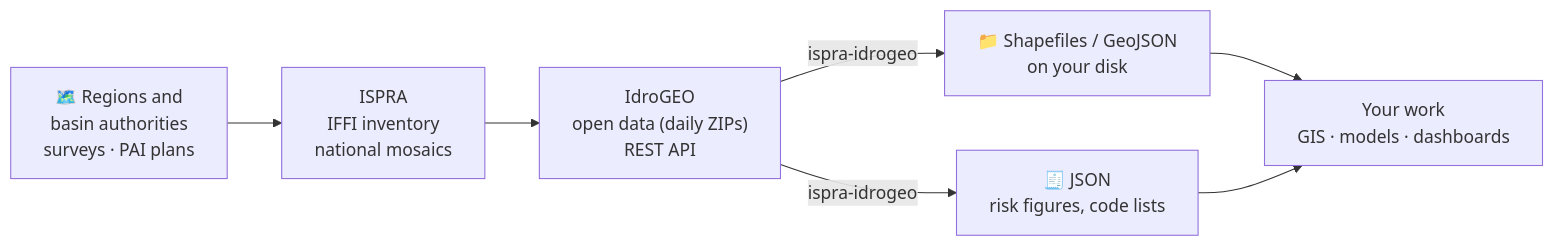
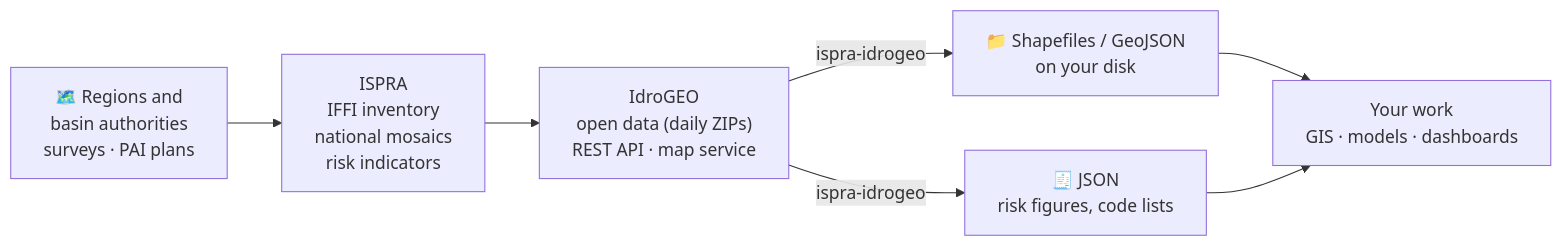
One commit to agent-engineering-studio/ispra-idrogeo changed the second of 8 diagrams in README.md. Above: the diagram before and after it, drawn with Mermaid. The commit also changed other lines of this file and 10 other files, not shown here.

First line of the commit message:
docs: README in plain words with schemes and charts; site home and roadmap at 0.10.0

````diff
--- a/README.md
+++ b/README.md
@@ -94,9 +114,9 @@
 ```mermaid
 flowchart LR
-    R["🗺️ Regions and<br/>basin authorities<br/>surveys · PAI plans"] --> I["ISPRA<br/>IFFI inventory<br/>national mosaics"]
-    I --> W["IdroGEO<br/>open data (daily ZIPs)<br/>REST API"]
+    R["🗺️ Regions and<br/>basin authorities<br/>surveys · PAI plans"] --> I["ISPRA<br/>IFFI inventory<br/>national mosaics<br/>risk indicators"]
+    I --> W["IdroGEO<br/>open data (daily ZIPs)<br/>REST API · map service"]
     W -->|ispra-idrogeo| Y["📁 Shapefiles / GeoJSON<br/>on your disk"]
     W -->|ispra-idrogeo| J["🧾 JSON<br/>risk figures, code lists"]
     Y --> U["Your work<br/>GIS · models · dashboards"]
     J --> U
 ```
````
